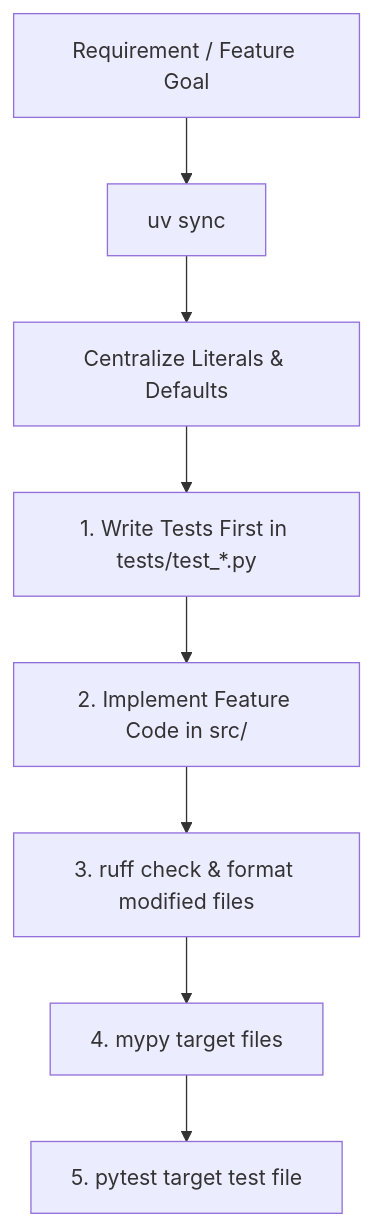
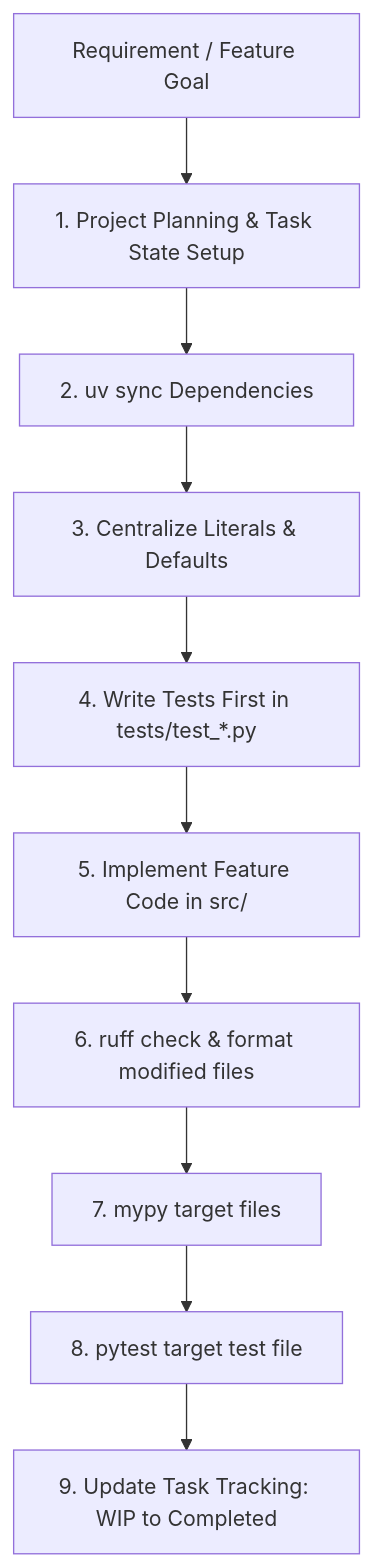
The first of 3 diagrams in docs/ROUTINE_TASKS.md (dan-petty/devops-cli), drawn with Mermaid before and after one commit. The commit also changed other lines of this file and 21 other files, not shown here.

````diff
--- a/docs/ROUTINE_TASKS.md
+++ b/docs/ROUTINE_TASKS.md
@@ -57,10 +57,12 @@
 ```mermaid
 flowchart TD
-    A[Requirement / Feature Goal] --> B[uv sync]
-    B --> C[Centralize Literals & Defaults]
-    C --> D[1. Write Tests First in tests/test_*.py]
-    D --> E[2. Implement Feature Code in src/]
-    E --> F[3. ruff check & format modified files]
-    F --> G[4. mypy target files]
-    G --> H[5. pytest target test file]
+    A[Requirement / Feature Goal] --> B[1. Project Planning & Task State Setup]
+    B --> C[2. uv sync Dependencies]
+    C --> D[3. Centralize Literals & Defaults]
+    D --> E[4. Write Tests First in tests/test_*.py]
+    E --> F[5. Implement Feature Code in src/]
+    F --> G[6. ruff check & format modified files]
+    G --> H[7. mypy target files]
+    H --> I[8. pytest target test file]
+    I --> J[9. Update Task Tracking: WIP to Completed]
 ```
````
